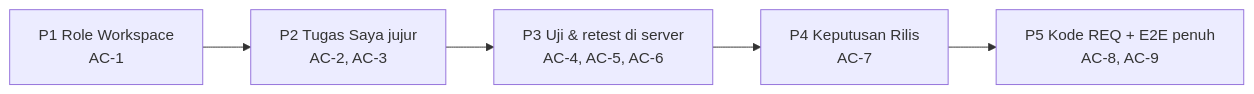
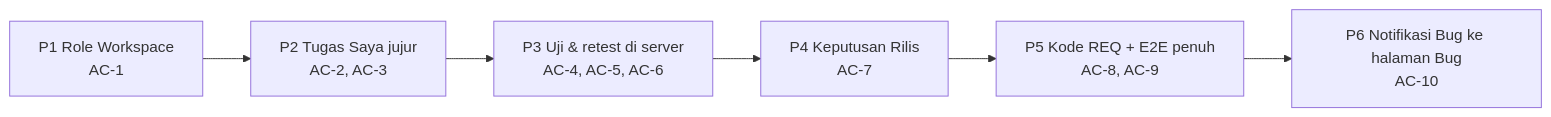
One commit to oneilreyand/qlickhub changed the diagram in docs/features/E2E-SDLC-FLOW/breakdown.md. Above: the diagram before and after it, drawn with Mermaid. The commit also changed other lines of this file and 22 other files, not shown here.

First line of the commit message:
feat(notifications): Bug notifications open the Bug page (E2E-SDLC-FLOW P6)

````diff
--- a/docs/features/E2E-SDLC-FLOW/breakdown.md
+++ b/docs/features/E2E-SDLC-FLOW/breakdown.md
@@ -22,7 +22,8 @@
 ```mermaid
 flowchart LR
     P1["P1 Role Workspace<br/>AC-1"] --> P2["P2 Tugas Saya jujur<br/>AC-2, AC-3"]
     P2 --> P3["P3 Uji & retest di server<br/>AC-4, AC-5, AC-6"]
     P3 --> P4["P4 Keputusan Rilis<br/>AC-7"]
     P4 --> P5["P5 Kode REQ + E2E penuh<br/>AC-8, AC-9"]
+    P5 --> P6["P6 Notifikasi Bug ke halaman Bug<br/>AC-10"]
 ```
````
